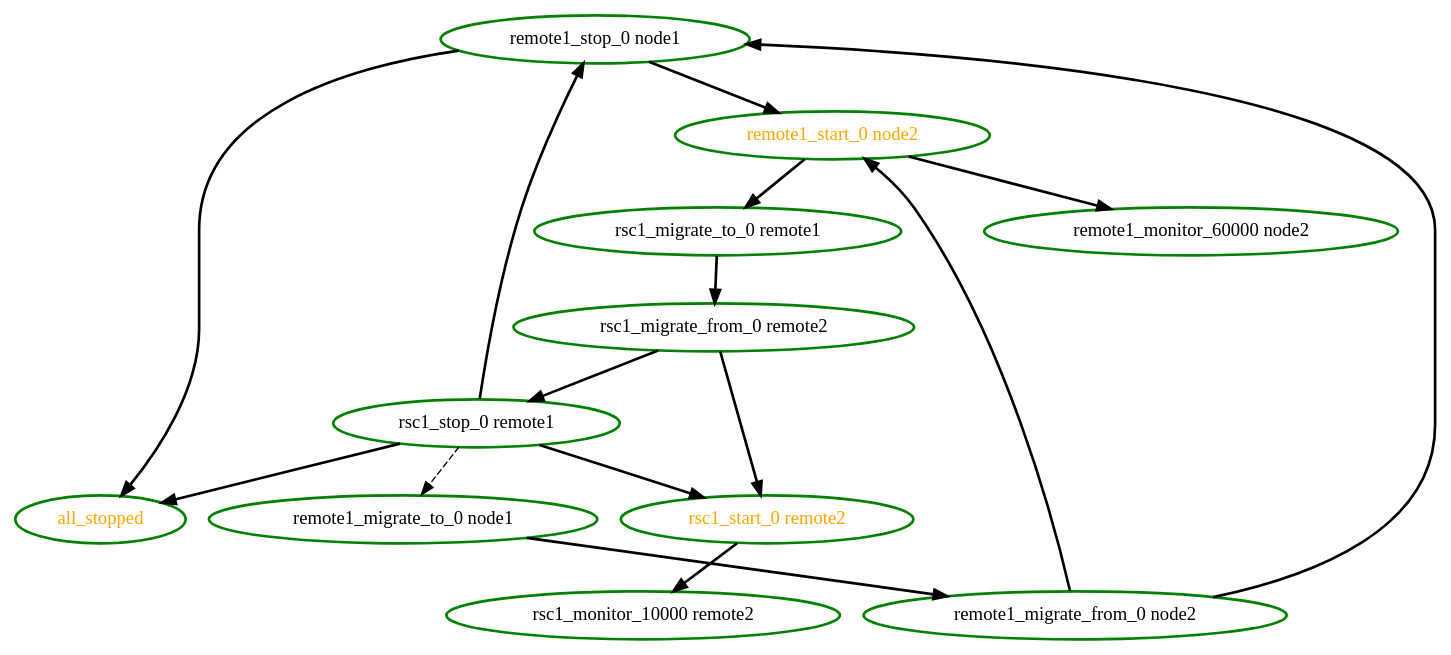
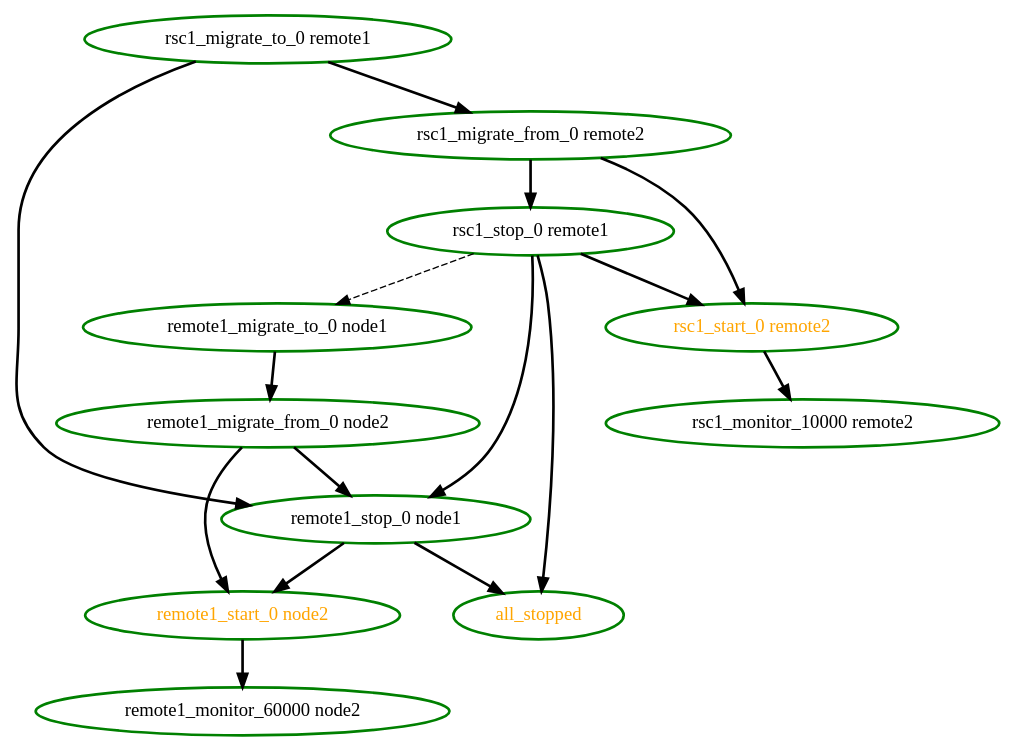
The diagram in pengine/test10/migration-behind-migrating-remote.dot (ClusterLabs/pacemaker), drawn with Graphviz before and after one commit. The commit also changed 4 other files, not shown here.

```diff
--- a/pengine/test10/migration-behind-migrating-remote.dot
+++ b/pengine/test10/migration-behind-migrating-remote.dot
@@ -1,28 +1,28 @@
 digraph "g" {
 "all_stopped" [ style=bold color="green" fontcolor="orange"]
 "remote1_migrate_from_0 node2" -> "remote1_start_0 node2" [ style = bold]
 "remote1_migrate_from_0 node2" -> "remote1_stop_0 node1" [ style = bold]
 "remote1_migrate_from_0 node2" [ style=bold color="green" fontcolor="black"]
 "remote1_migrate_to_0 node1" -> "remote1_migrate_from_0 node2" [ style = bold]
 "remote1_migrate_to_0 node1" [ style=bold color="green" fontcolor="black"]
 "remote1_monitor_60000 node2" [ style=bold color="green" fontcolor="black"]
 "remote1_start_0 node2" -> "remote1_monitor_60000 node2" [ style = bold]
-"remote1_start_0 node2" -> "rsc1_migrate_to_0 remote1" [ style = bold]
 "remote1_start_0 node2" [ style=bold color="green" fontcolor="orange"]
 "remote1_stop_0 node1" -> "all_stopped" [ style = bold]
 "remote1_stop_0 node1" -> "remote1_start_0 node2" [ style = bold]
 "remote1_stop_0 node1" [ style=bold color="green" fontcolor="black"]
 "rsc1_migrate_from_0 remote2" -> "rsc1_start_0 remote2" [ style = bold]
 "rsc1_migrate_from_0 remote2" -> "rsc1_stop_0 remote1" [ style = bold]
 "rsc1_migrate_from_0 remote2" [ style=bold color="green" fontcolor="black"]
+"rsc1_migrate_to_0 remote1" -> "remote1_stop_0 node1" [ style = bold]
 "rsc1_migrate_to_0 remote1" -> "rsc1_migrate_from_0 remote2" [ style = bold]
 "rsc1_migrate_to_0 remote1" [ style=bold color="green" fontcolor="black"]
 "rsc1_monitor_10000 remote2" [ style=bold color="green" fontcolor="black"]
 "rsc1_start_0 remote2" -> "rsc1_monitor_10000 remote2" [ style = bold]
 "rsc1_start_0 remote2" [ style=bold color="green" fontcolor="orange"]
 "rsc1_stop_0 remote1" -> "all_stopped" [ style = bold]
 "rsc1_stop_0 remote1" -> "remote1_migrate_to_0 node1" [ style = dashed]
 "rsc1_stop_0 remote1" -> "remote1_stop_0 node1" [ style = bold]
 "rsc1_stop_0 remote1" -> "rsc1_start_0 remote2" [ style = bold]
 "rsc1_stop_0 remote1" [ style=bold color="green" fontcolor="black"]
 }
```
